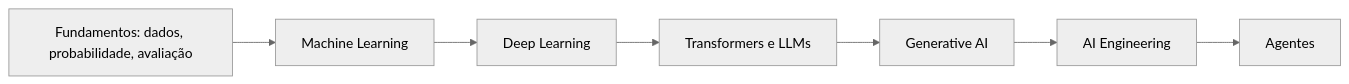
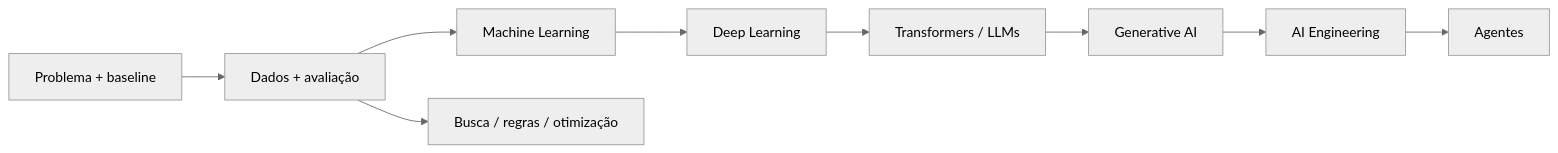
Before and after one commit to blasther12/alexandria: the first of 4 diagrams in artificial-intelligence/README.md, drawn with Mermaid (neutral theme). The commit also changed other lines of this file, not shown here.

````diff
--- a/artificial-intelligence/README.md
+++ b/artificial-intelligence/README.md
@@ -9,9 +14,11 @@
 ```mermaid
 flowchart LR
-    F[Fundamentos: dados, probabilidade, avaliação] --> ML[Machine Learning]
+    P[Problema + baseline] --> DATA[Dados + avaliação]
+    DATA --> ML[Machine Learning]
     ML --> DL[Deep Learning]
-    DL --> TR[Transformers e LLMs]
+    DL --> TR[Transformers / LLMs]
     TR --> GEN[Generative AI]
     GEN --> AIE[AI Engineering]
     AIE --> AG[Agentes]
+    DATA --> SEARCH[Busca / regras / otimização]
 ```
````
